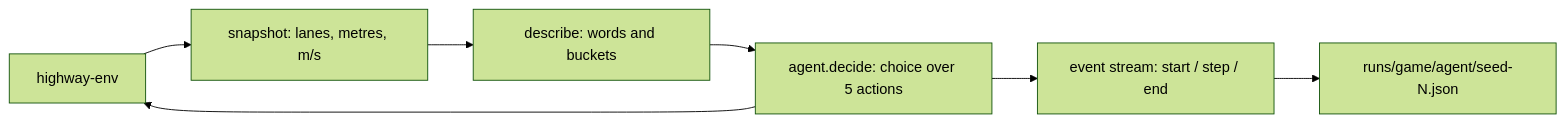
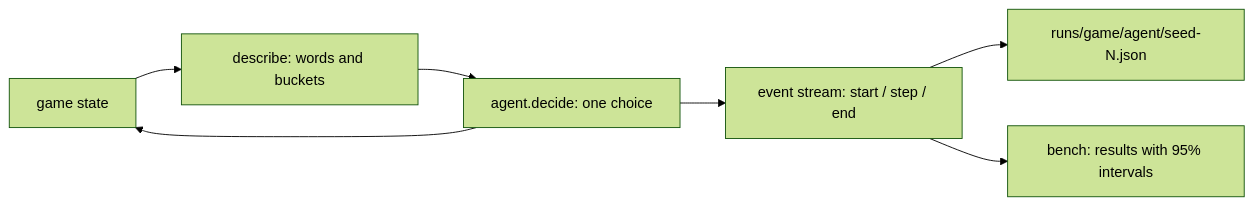
The diagram in arena/README.md (nadeem4/jev-demo), drawn with Mermaid (forest theme) before and after one commit. The commit also changed other lines of this file and 33 other files, not shown here.

````diff
--- a/arena/README.md
+++ b/arena/README.md
@@ -7,9 +15,9 @@
 ```mermaid
 flowchart LR
-    E[highway-env] --> S[snapshot: lanes, metres, m/s]
-    S --> D[describe: words and buckets]
-    D --> A[agent.decide: choice over 5 actions]
-    A --> E
+    G[game state] --> D[describe: words and buckets]
+    D --> A[agent.decide: one choice]
+    A --> G
     A --> V[event stream: start / step / end]
     V --> R[runs/game/agent/seed-N.json]
+    V --> B[bench: results with 95% intervals]
 ```
````
